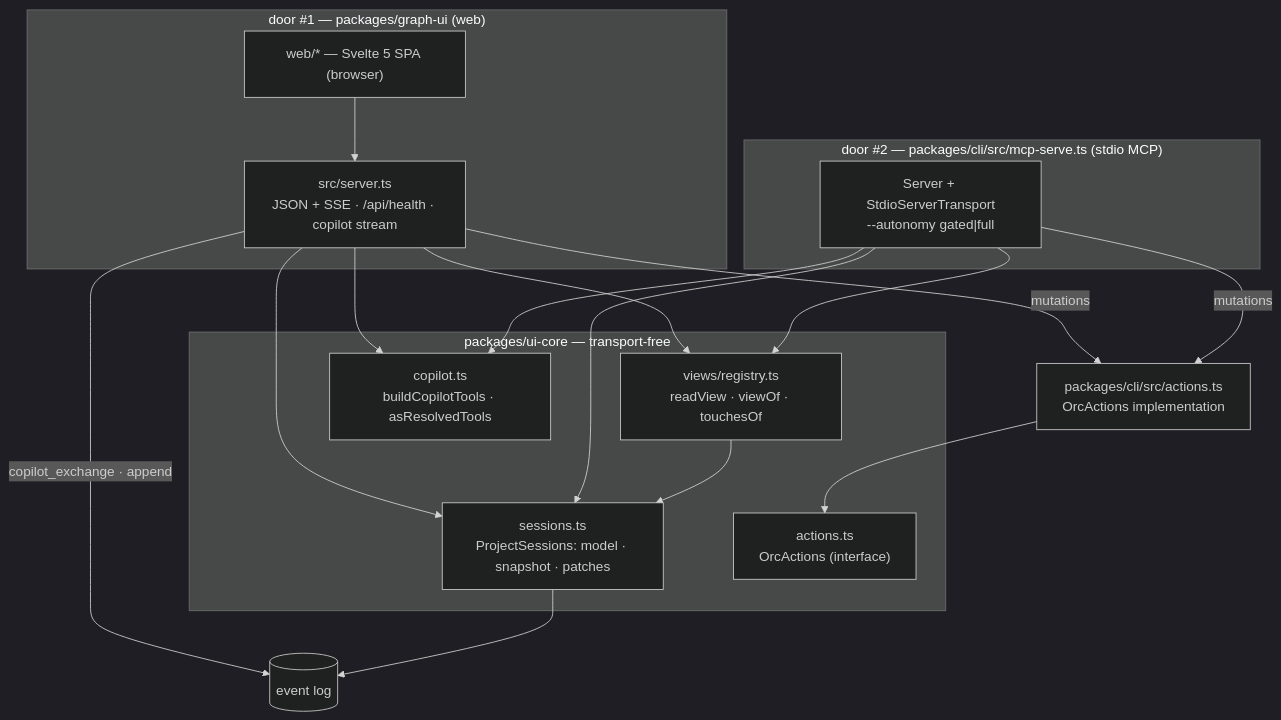
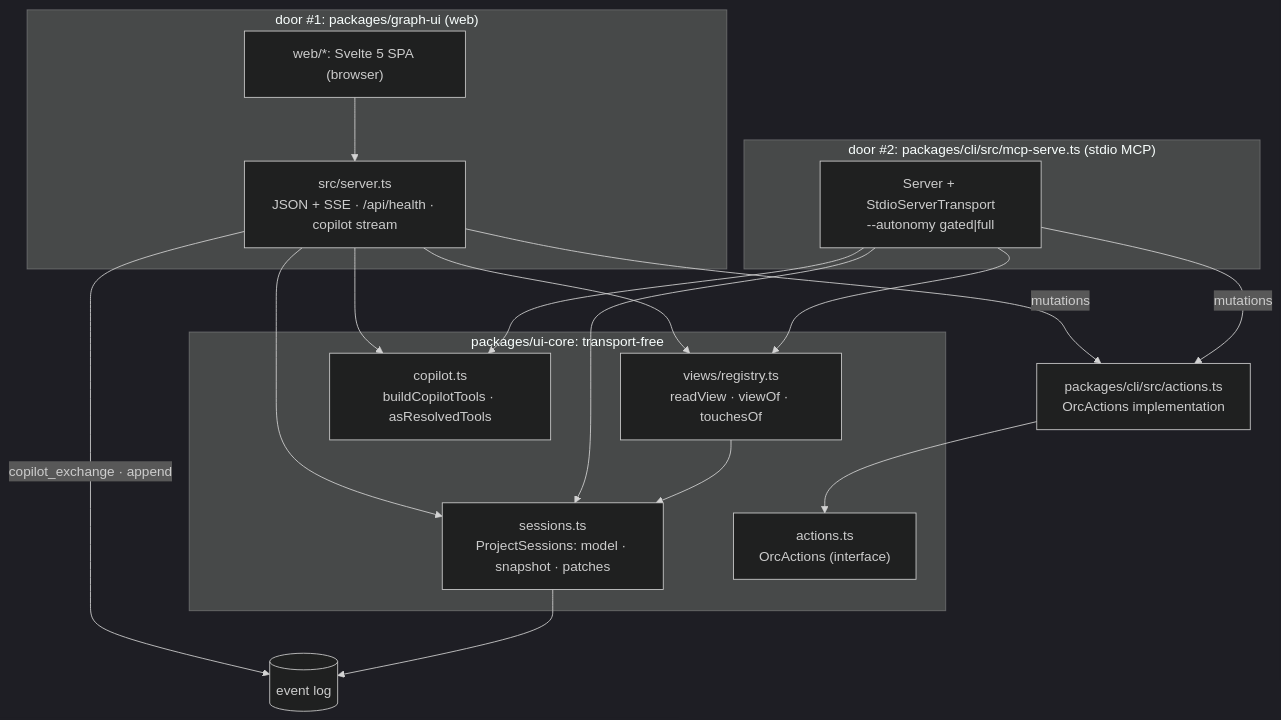
The seventh of 7 diagrams in docs/ARCHITECTURE.md (fetttttjoe/ORC), drawn with Mermaid (dark theme) before and after one commit. The commit also changed other lines of this file and 513 other files, not shown here.

````diff
--- a/docs/ARCHITECTURE.md
+++ b/docs/ARCHITECTURE.md
@@ -740,31 +614,31 @@
 ```mermaid
 graph TD
-  subgraph CORE ["packages/ui-core — transport-free"]
+  subgraph CORE ["packages/ui-core: transport-free"]
     SESS["sessions.ts<br/>ProjectSessions: model · snapshot · patches"]
     REG["views/registry.ts<br/>readView · viewOf · touchesOf"]
     ACT["actions.ts<br/>OrcActions (interface)"]
     CTOOLS["copilot.ts<br/>buildCopilotTools · asResolvedTools"]
   end
-  subgraph WEB ["door #1 — packages/graph-ui (web)"]
+  subgraph WEB ["door #1: packages/graph-ui (web)"]
     SRV["src/server.ts<br/>JSON + SSE · /api/health · copilot stream"]
-    PAGE["web/* — Svelte 5 SPA (browser)"]
+    PAGE["web/*: Svelte 5 SPA (browser)"]
   end
-  subgraph MCPD ["door #2 — packages/cli/src/mcp-serve.ts (stdio MCP)"]
+  subgraph MCPD ["door #2: packages/cli/src/mcp-serve.ts (stdio MCP)"]
     MSRV["Server + StdioServerTransport<br/>--autonomy gated|full"]
   end
   CLIA["packages/cli/src/actions.ts<br/>OrcActions implementation"]
 
   PAGE --> SRV
   SRV --> SESS
   SRV --> REG
   SRV --> CTOOLS
   SRV -->|mutations| CLIA
   MSRV --> SESS
   MSRV --> REG
   MSRV --> CTOOLS
   MSRV -->|mutations| CLIA
   REG --> SESS
   CLIA --> ACT
   SRV -->|copilot_exchange · append| EVL[("event log")]
   SESS --> EVL
 ```
````
